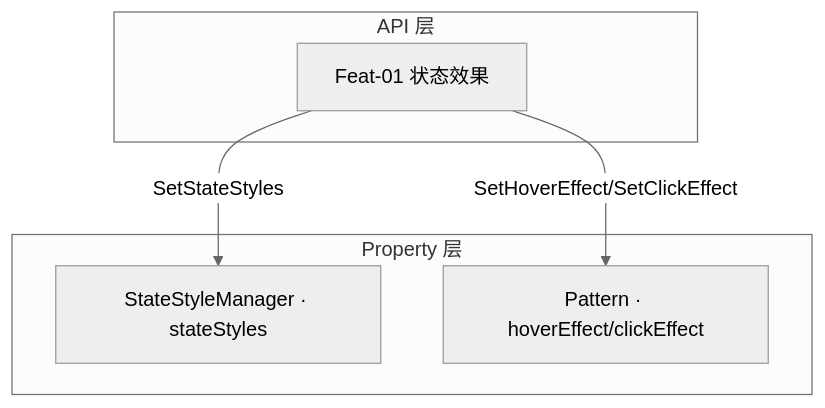
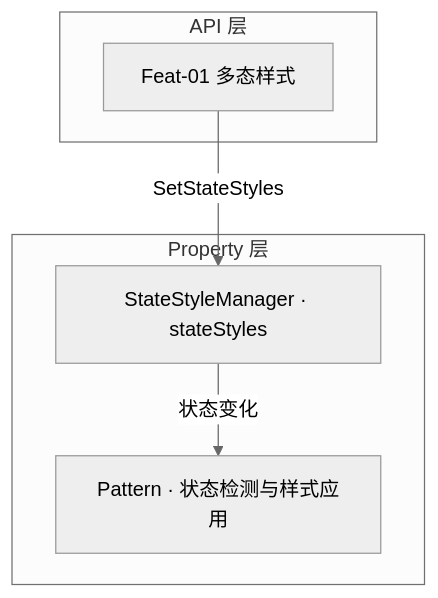
One commit to cleeshark/arkui_specs changed the first of 3 diagrams in 04-common-capability/03-common-attributes/07-style-attributes/design.md. Above: the diagram before and after it, drawn with Mermaid (neutral theme). The commit also changed other lines of this file and 30 other files, not shown here.

````diff
--- a/04-common-capability/03-common-attributes/07-style-attributes/design.md
+++ b/04-common-capability/03-common-attributes/07-style-attributes/design.md
@@ -129,14 +129,14 @@
 ```mermaid
 graph TB
     subgraph API["API 层"]
-        F1["Feat-01 状态效果"]
+        F1["Feat-01 多态样式"]
     end
 
     subgraph PROP["Property 层"]
         SSM["StateStyleManager · stateStyles"]
-        PATTERN["Pattern · hoverEffect/clickEffect"]
+        PATTERN["Pattern · 状态检测与样式应用"]
     end
 
     F1 -->|"SetStateStyles"| SSM
-    F1 -->|"SetHoverEffect/SetClickEffect"| PATTERN
+    SSM -->|"状态变化"| PATTERN
 ```
````
